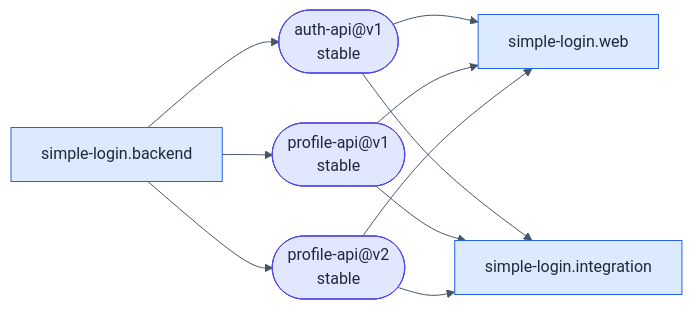
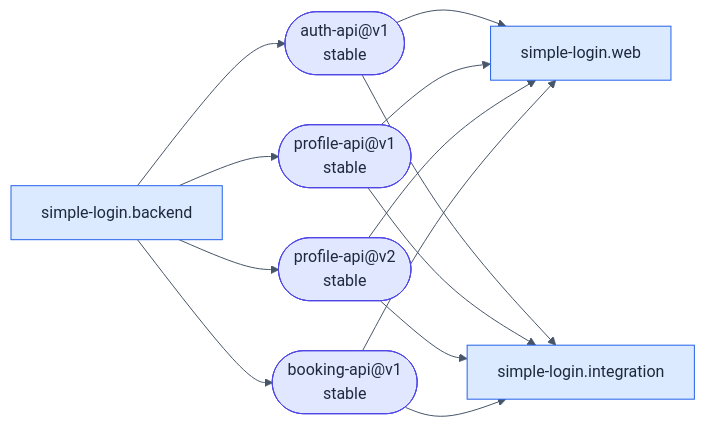
One commit to mpurbo/hsdd changed the second of 4 diagrams in docs/tutorial/meeting-rooms/execute/hsdd/management/atlas.md. Above: the diagram before and after it, drawn with Mermaid. The commit also changed other lines of this file and 4 other files, not shown here.

````diff
--- a/docs/tutorial/meeting-rooms/execute/hsdd/management/atlas.md
+++ b/docs/tutorial/meeting-rooms/execute/hsdd/management/atlas.md
@@ -69,27 +82,32 @@
 ```mermaid
 %%{init:{'theme':'base','themeVariables':{'primaryTextColor':'#1e293b','lineColor':'#475569','edgeLabelBackground':'#ffffff','tertiaryTextColor':'#1e293b'}}}%%
 flowchart LR
     be["simple-login.backend"]
     auth(["auth-api@v1<br/>stable"])
     p1(["profile-api@v1<br/>stable"])
     p2(["profile-api@v2<br/>stable"])
+    bk(["booking-api@v1<br/>stable"])
     we["simple-login.web"]
     it["simple-login.integration"]
 
     be --> auth
     be --> p1
     be --> p2
+    be --> bk
     auth --> we
     auth --> it
     p1 --> we
     p1 --> it
     p2 --> we
     p2 --> it
+    bk --> we
+    bk --> it
 
     style be fill:#dbeafe,stroke:#2563eb,color:#1e293b
     style we fill:#dbeafe,stroke:#2563eb,color:#1e293b
     style it fill:#dbeafe,stroke:#2563eb,color:#1e293b
     style auth fill:#e0e7ff,stroke:#4f46e5,color:#1e293b
     style p1 fill:#e0e7ff,stroke:#4f46e5,color:#1e293b
     style p2 fill:#e0e7ff,stroke:#4f46e5,color:#1e293b
+    style bk fill:#e0e7ff,stroke:#4f46e5,color:#1e293b
 ```
````
